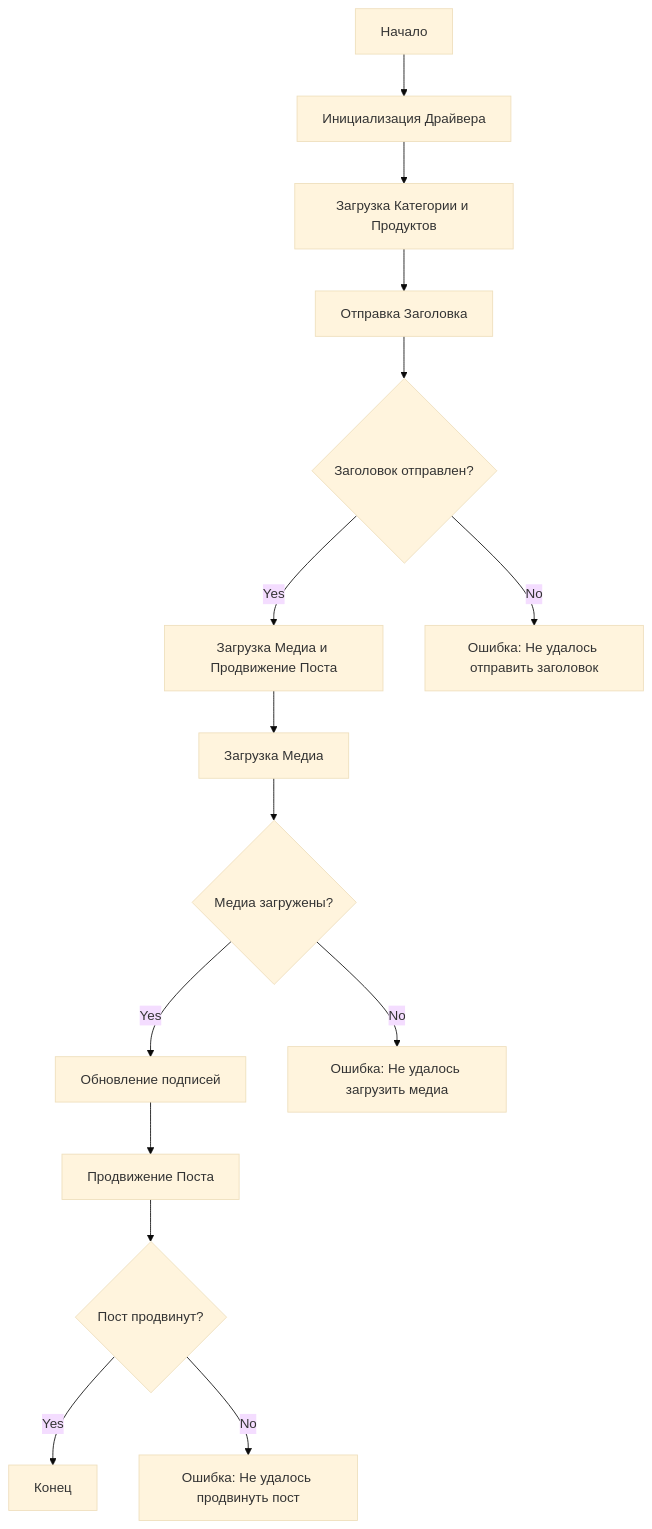
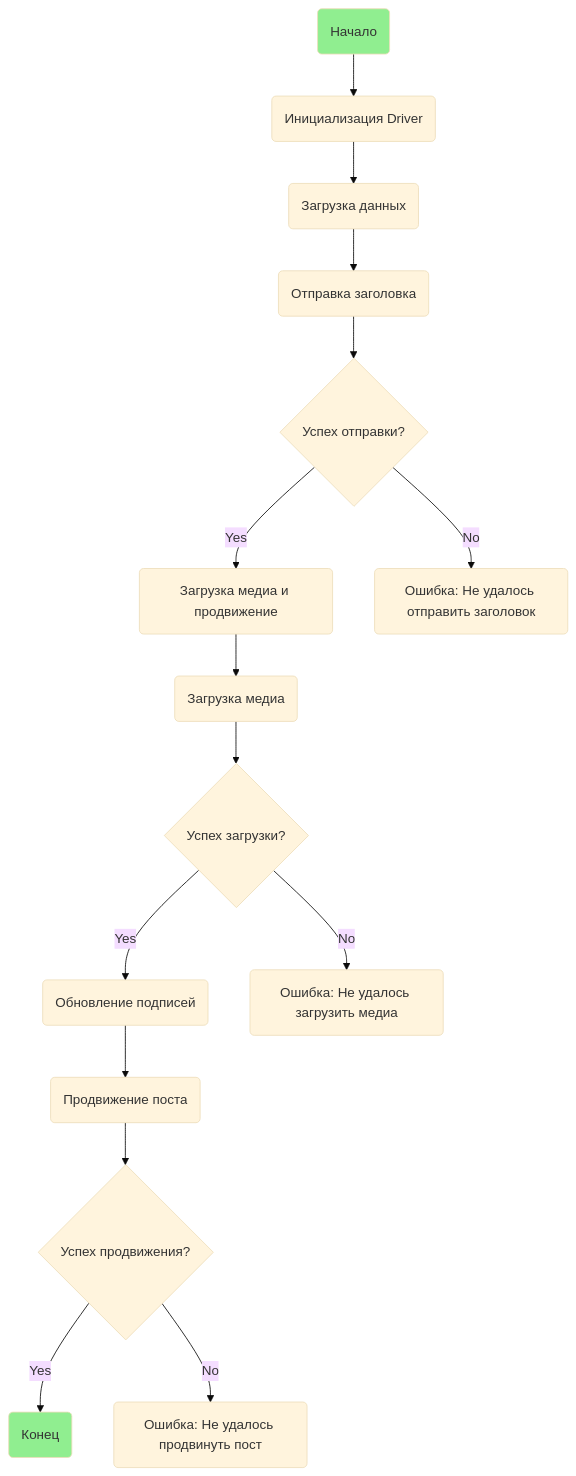
One commit to hypo69/hypo changed the second of 2 diagrams in docs/gemini/ru/explainer/src/endpoints/advertisement/facebook/scenarios/post_message_async.md.md. Above: the diagram before and after it, drawn with Mermaid (base theme). The commit also changed other lines of this file and 6031 other files, not shown here.

````diff
--- a/docs/gemini/ru/explainer/src/endpoints/advertisement/facebook/scenarios/post_message_async.md.md
+++ b/docs/gemini/ru/explainer/src/endpoints/advertisement/facebook/scenarios/post_message_async.md.md
@@ -69,17 +85,20 @@
 ```mermaid
 graph TD
-    Start[Начало] --> InitDriver[Инициализация Драйвера]
-    InitDriver --> LoadCategoryAndProducts[Загрузка Категории и Продуктов]
-    LoadCategoryAndProducts --> SendTitle[Отправка Заголовка]
-    SendTitle --> CheckTitleSuccess{Заголовок отправлен?}
-    CheckTitleSuccess -- Yes --> UploadMediaAndPromotePost[Загрузка Медиа и Продвижение Поста]
-    CheckTitleSuccess -- No --> TitleError[Ошибка: Не удалось отправить заголовок]
-    UploadMediaAndPromotePost --> UploadMedia[Загрузка Медиа]
-    UploadMedia --> CheckMediaSuccess{Медиа загружены?}
-    CheckMediaSuccess -- Yes --> UpdateCaptions[Обновление подписей]
-    CheckMediaSuccess -- No --> MediaError[Ошибка: Не удалось загрузить медиа]
-    UpdateCaptions --> PromotePost[Продвижение Поста]
-    PromotePost --> CheckPromoteSuccess{Пост продвинут?}
-    CheckPromoteSuccess -- Yes --> End[Конец]
-    CheckPromoteSuccess -- No --> PromoteError[Ошибка: Не удалось продвинуть пост]
+    Start(Начало) --> InitDriver(Инициализация Driver);
+    InitDriver --> LoadCategoryAndProducts(Загрузка данных);
+    LoadCategoryAndProducts --> SendTitle(Отправка заголовка);
+    SendTitle --> CheckTitleSuccess{Успех отправки?};
+    CheckTitleSuccess -- Yes --> UploadMediaAndPromotePost(Загрузка медиа и продвижение);
+    CheckTitleSuccess -- No --> TitleError(Ошибка: Не удалось отправить заголовок);
+    UploadMediaAndPromotePost --> UploadMedia(Загрузка медиа);
+    UploadMedia --> CheckMediaSuccess{Успех загрузки?};
+    CheckMediaSuccess -- Yes --> UpdateCaptions(Обновление подписей);
+    CheckMediaSuccess -- No --> MediaError(Ошибка: Не удалось загрузить медиа);
+    UpdateCaptions --> PromotePost(Продвижение поста);
+     PromotePost --> CheckPromoteSuccess{Успех продвижения?};
+    CheckPromoteSuccess -- Yes --> End(Конец);
+    CheckPromoteSuccess -- No --> PromoteError(Ошибка: Не удалось продвинуть пост);
+
+    classDef green fill:#90EE90;
+    class Start,End green;
 ```
````
